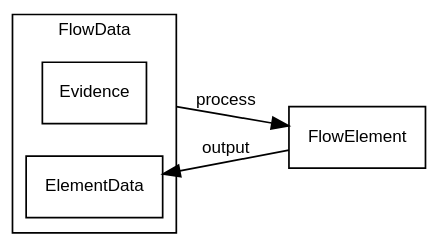
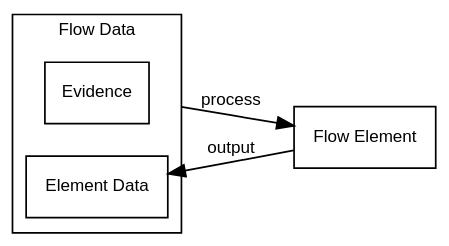
Before and after one commit to 51Degrees/documentation: the diagram in src/graphs/flowelement-process.dot, drawn with Graphviz. The commit also changed 7 other files, not shown here.

Commit message:
BUILD/DOC: Added aliases for common links to the DoxyFiles. This means for example "[pipeline](@ref Concepts_Pipeline)" can be replaced with @pipeline. Also updated docs on flow element.

```diff
--- a/src/graphs/flowelement-process.dot
+++ b/src/graphs/flowelement-process.dot
@@ -1,20 +1,20 @@
 digraph P {
     compound=true;
     bgcolor=transparent;
     rankdir=LR;
     node [shape=record, fontname=Helvetica, fontsize=10];
     edge [fontname=Helvetica, fontsize=10];
     
     subgraph clusterFD {
         fontname=Helvetica;
         fontsize=10;
-        label="FlowData";
+        label="Flow Data";
         URL="@ref Concepts_Data_FlowData";
         E [label=Evidence, URL="@ref Concepts_Data_Evidence"];
-        ED [label=ElementData, URL="@ref Concepts_Data_ElementData"];
+        ED [label="Element Data", URL="@ref Concepts_Data_ElementData"];
     }
-    FE [label=FlowElement, URL="@ref Concepts_FlowElements"];
+    FE [label="Flow Element", URL="@ref Concepts_FlowElements_Index"];
     
     E -> FE [ltail=clusterFD, label=process];
     FE -> ED [label=output];
 }
```
